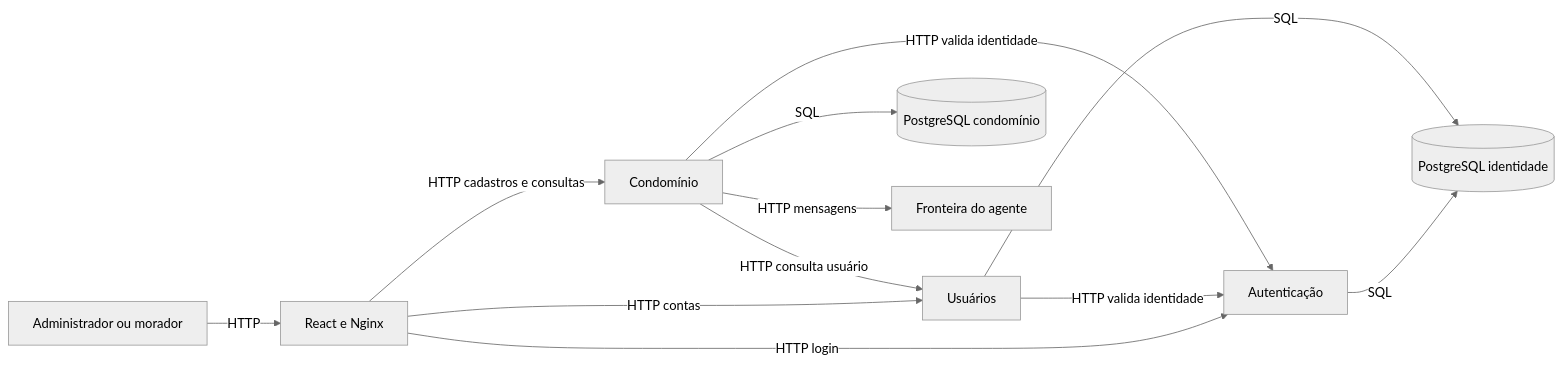
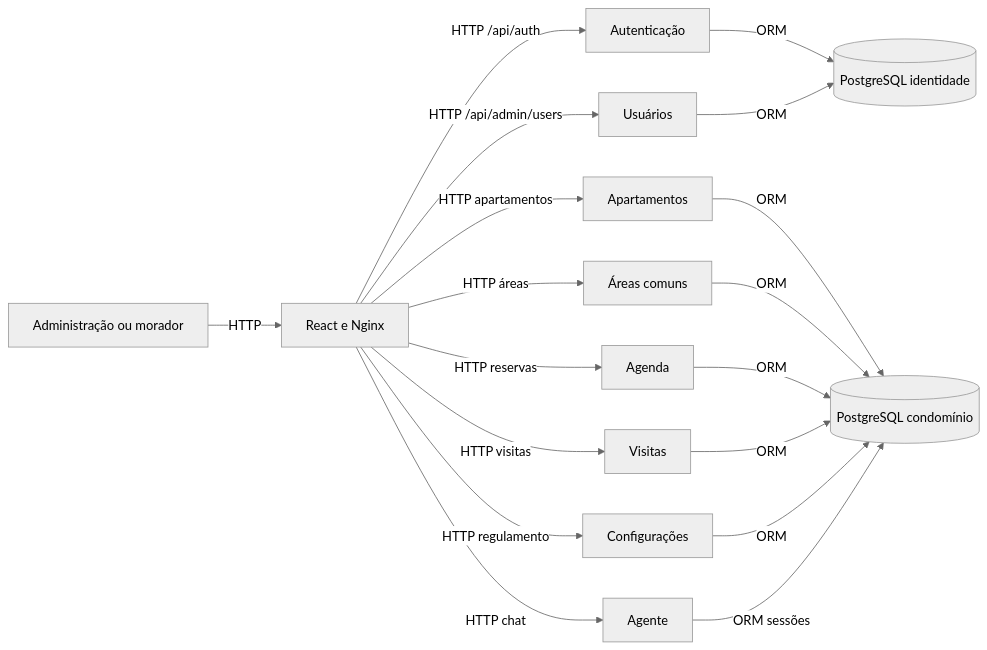
The first of 3 diagrams in docs/design/architecture.md (LucasBiason/mba-ia-desafio-criacao-agente), drawn with Mermaid (neutral theme) before and after one commit. The commit also changed other lines of this file and 229 other files, not shown here.

````diff
--- a/docs/design/architecture.md
+++ b/docs/design/architecture.md
@@ -15,14 +15,20 @@
-```mermaid
+~~~mermaid
 flowchart LR
-    U["Administrador ou morador"] -->|"HTTP"| W["React e Nginx"]
-    W -->|"HTTP login"| A["Autenticação"]
-    W -->|"HTTP contas"| S["Usuários"]
-    W -->|"HTTP cadastros e consultas"| C["Condomínio"]
-    A -->|"SQL"| I[("PostgreSQL identidade")]
-    S -->|"SQL"| I
-    S -->|"HTTP valida identidade"| A
-    C -->|"HTTP valida identidade"| A
-    C -->|"HTTP consulta usuário"| S
-    C -->|"SQL"| D[("PostgreSQL condomínio")]
-    C -->|"HTTP mensagens"| G["Fronteira do agente"]
-```
+    U["Administração ou morador"] -->|"HTTP"| W["React e Nginx"]
+    W -->|"HTTP /api/auth"| A["Autenticação"]
+    W -->|"HTTP /api/admin/users"| US["Usuários"]
+    W -->|"HTTP apartamentos"| P["Apartamentos"]
+    W -->|"HTTP áreas"| AR["Áreas comuns"]
+    W -->|"HTTP reservas"| AG["Agenda"]
+    W -->|"HTTP visitas"| V["Visitas"]
+    W -->|"HTTP regulamento"| C["Configurações"]
+    W -->|"HTTP chat"| G["Agente"]
+    A -->|"ORM"| I[("PostgreSQL identidade")]
+    US -->|"ORM"| I
+    P -->|"ORM"| D[("PostgreSQL condomínio")]
+    AR -->|"ORM"| D
+    AG -->|"ORM"| D
+    V -->|"ORM"| D
+    C -->|"ORM"| D
+    G -->|"ORM sessões"| D
+~~~
````
